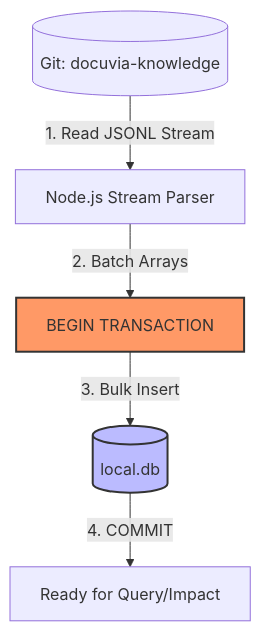
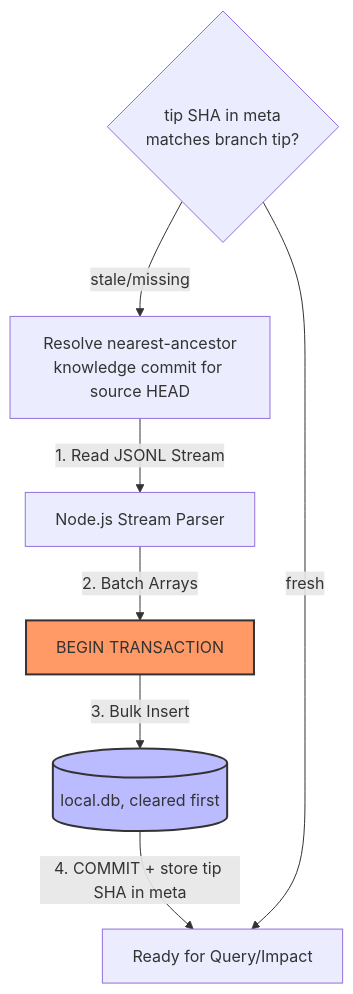
One commit to dyphn1/Docuvia changed the diagram in docs/gitbook/adr/storage/STOR-002-sqlite-ephemeral-query-engine.md. Above: the diagram before and after it, drawn with Mermaid. The commit also changed other lines of this file and 59 other files, not shown here.

````diff
--- a/docs/gitbook/adr/storage/STOR-002-sqlite-ephemeral-query-engine.md
+++ b/docs/gitbook/adr/storage/STOR-002-sqlite-ephemeral-query-engine.md
@@ -32,10 +46,12 @@
 ```mermaid
 flowchart TD
-    Git[(Git: docuvia-knowledge)] --> |1. Read JSONL Stream| Parser[Node.js Stream Parser]
+    Check{tip SHA in meta\nmatches branch tip?} --> |stale/missing| Resolve[Resolve nearest-ancestor\nknowledge commit for source HEAD]
+    Resolve --> |1. Read JSONL Stream| Parser[Node.js Stream Parser]
     Parser --> |2. Batch Arrays| Tx[BEGIN TRANSACTION]
-    Tx --> |3. Bulk Insert| SQLite[(local.db)]
-    SQLite --> |4. COMMIT| Ready[Ready for Query/Impact]
-    
+    Tx --> |3. Bulk Insert| SQLite[(local.db, cleared first)]
+    SQLite --> |4. COMMIT + store tip SHA in meta| Ready[Ready for Query/Impact]
+    Check --> |fresh| Ready
+
     style Tx fill:#f96,stroke:#333,stroke-width:2px
     style SQLite fill:#bbf,stroke:#333,stroke-width:2px
 ```
````
